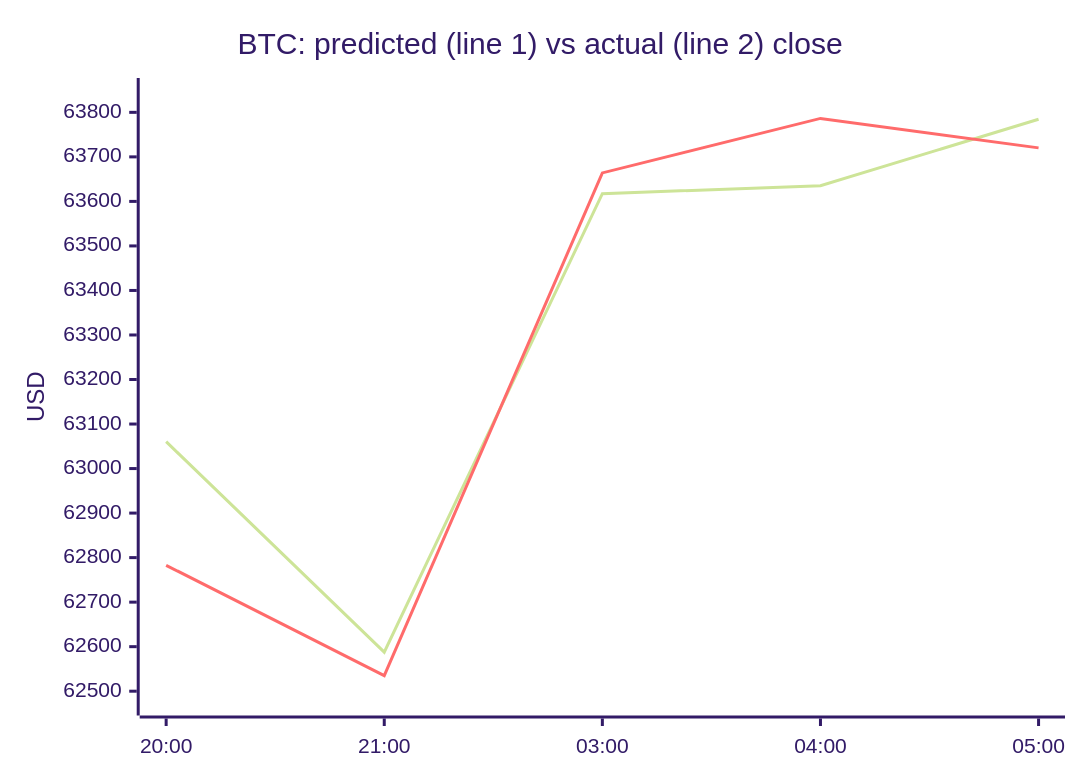
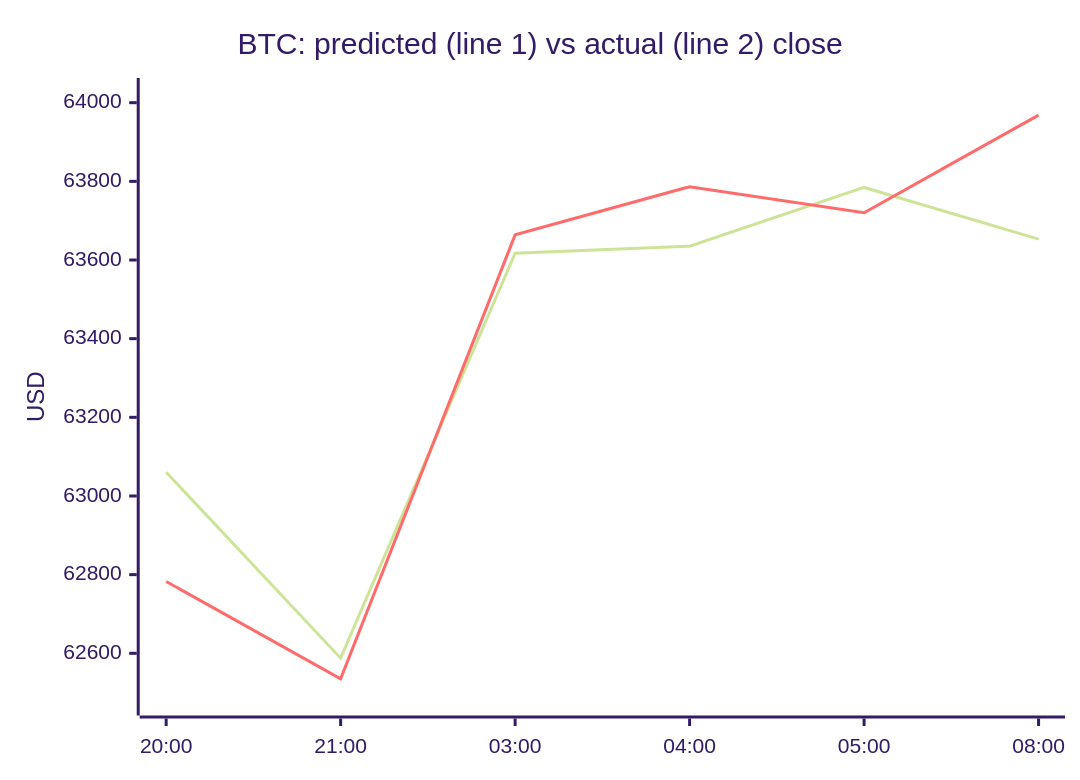
Before and after one commit to samuelkreitl-wq/crypto-hourly-forecaster: the first of 4 diagrams in README.md, drawn with Mermaid (forest theme). The commit also changed other lines of this file and 14 other files, not shown here.

````diff
--- a/README.md
+++ b/README.md
@@ -38,8 +38,8 @@
 ```mermaid
 xychart-beta
     title "BTC: predicted (line 1) vs actual (line 2) close"
-    x-axis ["20:00", "21:00", "03:00", "04:00", "05:00"]
-    y-axis "USD" 62472.3651 --> 63850.1864
-    line [63060.3716, 62587.6439, 63617.4254, 63635.2318, 63784.5035]
-    line [62782.7000, 62534.9000, 63664.0000, 63786.4000, 63720.2000]
+    x-axis ["20:00", "21:00", "03:00", "04:00", "05:00", "08:00"]
+    y-axis "USD" 62472.3651 --> 64032.2683
+    line [63060.3716, 62587.6439, 63617.4254, 63635.2318, 63784.5035, 63653.0941]
+    line [62782.7000, 62534.9000, 63664.0000, 63786.4000, 63720.2000, 63968.3000]
 ```
````
